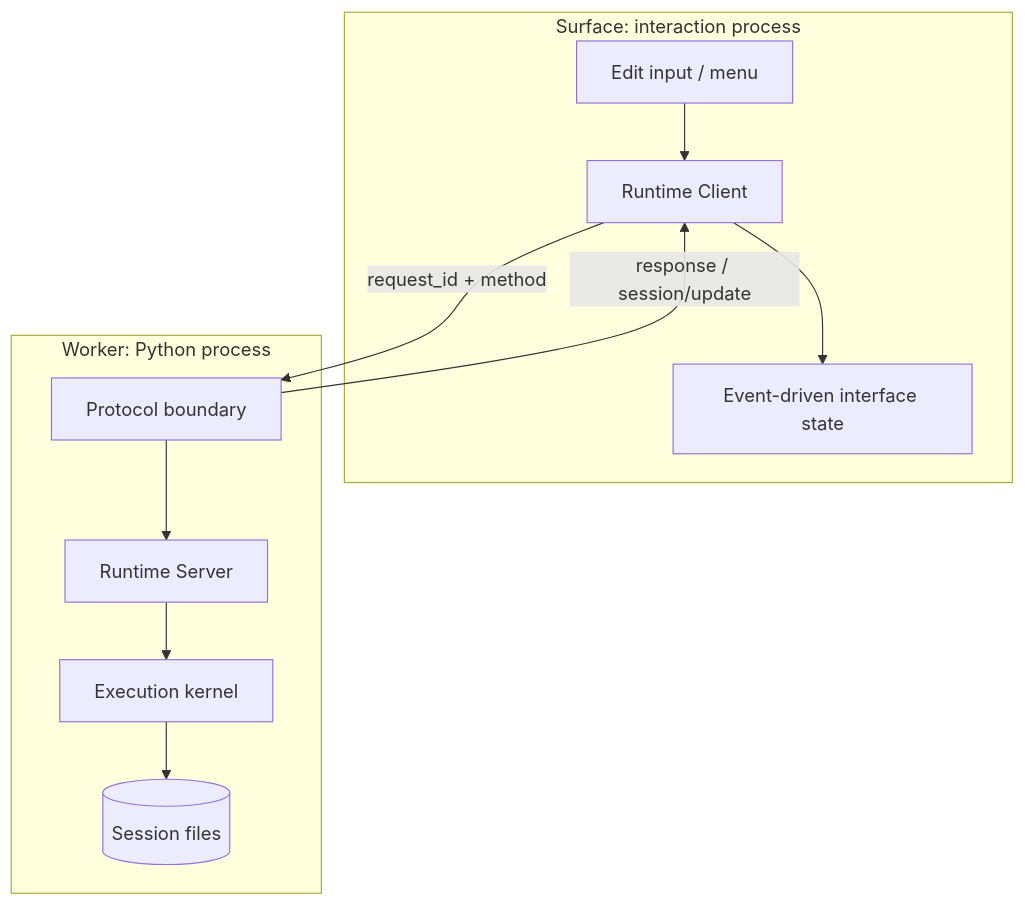
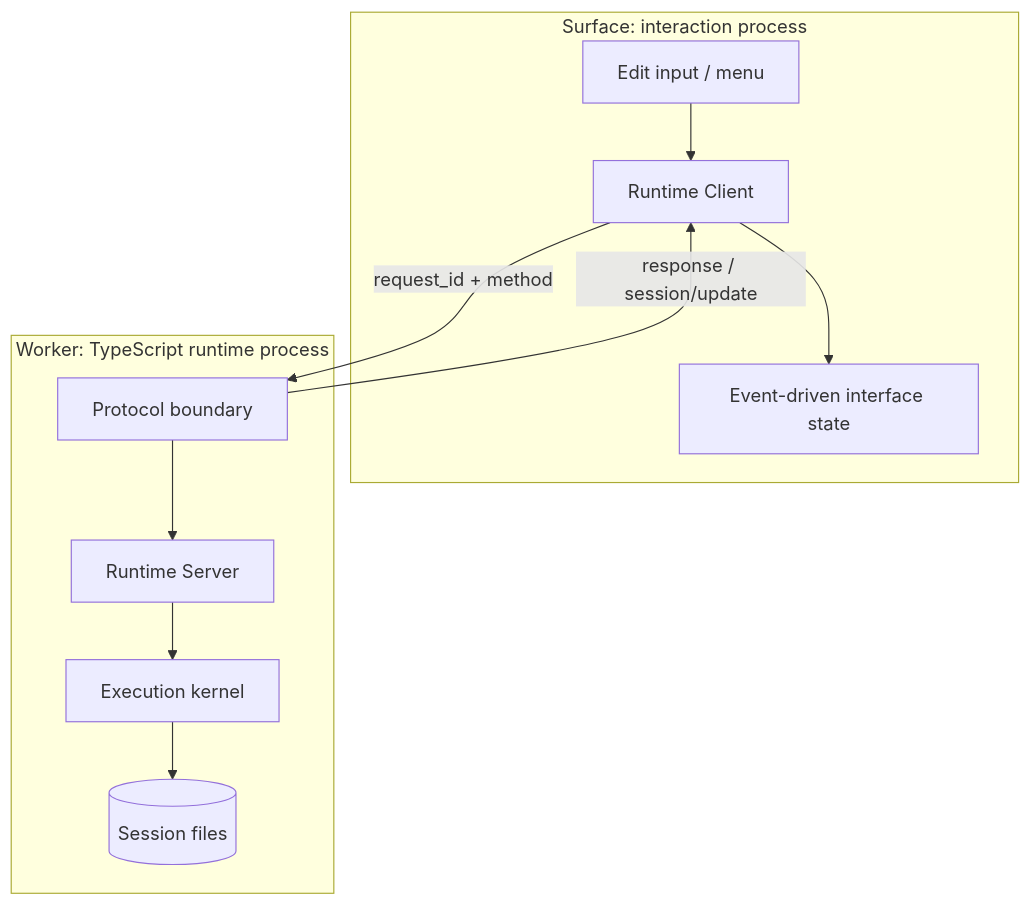
Before and after one commit to Azzurroooo/rind: the diagram in docs/internals/00-architecture/surface-worker.md, drawn with Mermaid. The commit also changed other lines of this file and 169 other files, not shown here.

Commit message:
feat(runtime,gateway): complete pure TypeScript migration and eliminate Python

```diff
--- a/docs/internals/00-architecture/surface-worker.md
+++ b/docs/internals/00-architecture/surface-worker.md
@@ -7,14 +7,14 @@
 ~~~mermaid
 flowchart TB
     subgraph Surface["Surface: interaction process"]
         I["Edit input / menu"] --> C["Runtime Client"]
         C --> V["Event-driven interface state"]
     end
     C -->|"request_id + method"| B["Protocol boundary"]
     B -->|"response / session/update"| C
-    subgraph Worker["Worker: Python process"]
+    subgraph Worker["Worker: TypeScript runtime process"]
         B --> S["Runtime Server"]
         S --> R["Execution kernel"]
         R --> F[("Session files")]
     end
 ~~~
```
